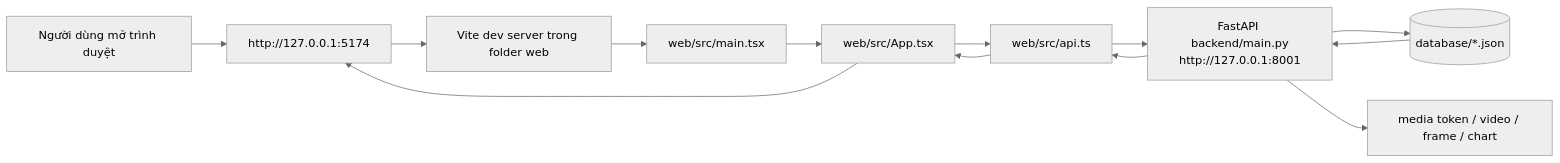
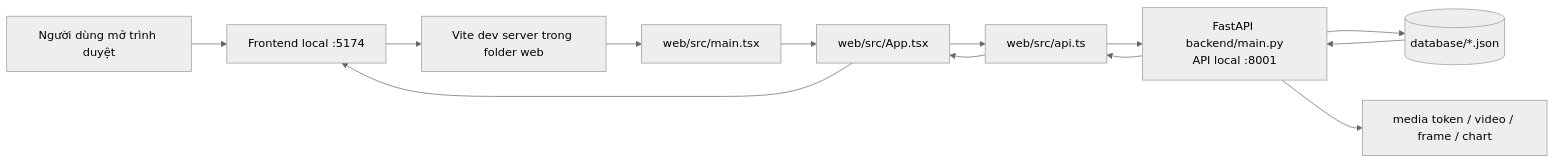
One commit to quynhphuong1209/Rehab-AI-Monitor-UI-new changed the first of 4 diagrams in web/README.md. Above: the diagram before and after it, drawn with Mermaid (neutral theme). The commit also changed other lines of this file and 1 other file, not shown here.

Commit message:
docs: update frontend and API links

````diff
--- a/web/README.md
+++ b/web/README.md
@@ -26,15 +22,15 @@
 ```mermaid
 flowchart LR
-    User[Người dùng mở trình duyệt] --> Browser[http://127.0.0.1:5174]
+    User[Người dùng mở trình duyệt] --> Browser[Frontend local :5174]
     Browser --> Vite[Vite dev server trong folder web]
     Vite --> Main[web/src/main.tsx]
     Main --> App[web/src/App.tsx]
     App --> ApiClient[web/src/api.ts]
-    ApiClient --> Backend[FastAPI backend/main.py<br/>http://127.0.0.1:8001]
+    ApiClient --> Backend[FastAPI backend/main.py<br/>API local :8001]
     Backend --> Json[(database/*.json)]
     Backend --> Media[media token / video / frame / chart]
     Json --> Backend
     Backend --> ApiClient
     ApiClient --> App
     App --> Browser
 ```
````
